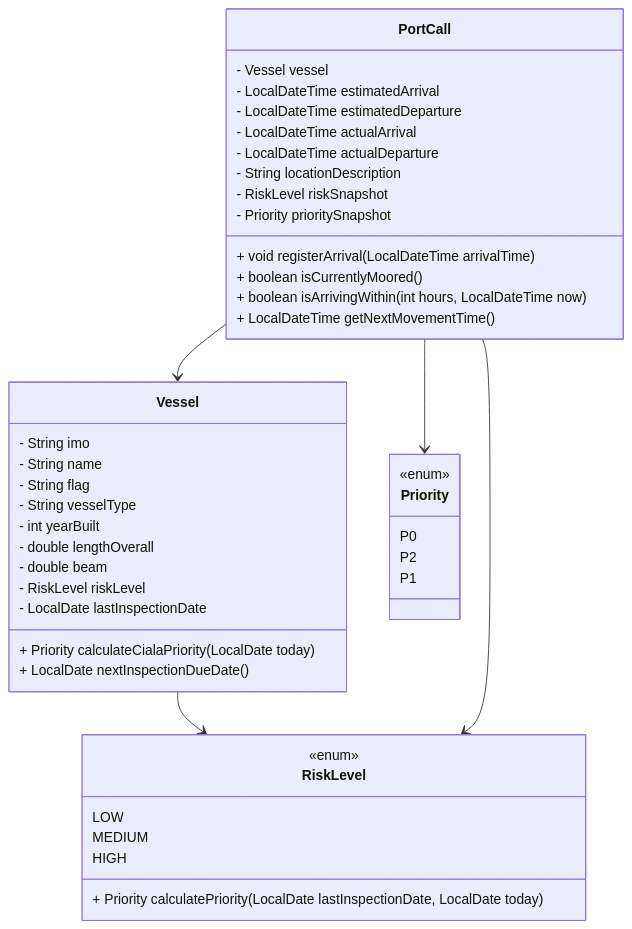
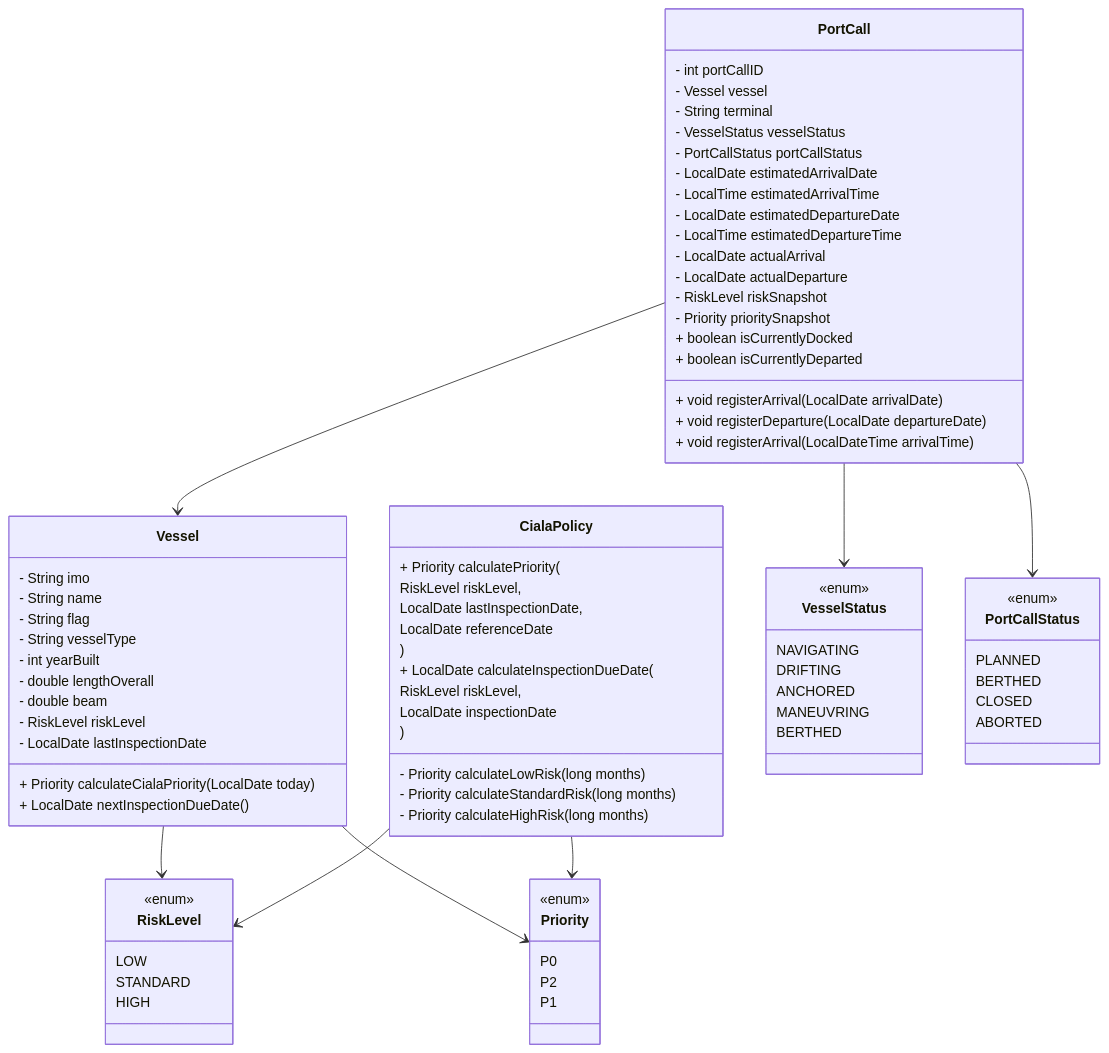
One commit to marcusteixeirabr/port-inspection-control changed the first of 2 diagrams in README.md. Above: the diagram before and after it, drawn with Mermaid. The commit also changed other lines of this file, not shown here.

Commit message:
Update: README

````diff
--- a/README.md
+++ b/README.md
@@ -109,26 +109,47 @@
 }
 
 class PortCall {
+  - int portCallID
   - Vessel vessel
-  - LocalDateTime estimatedArrival
-  - LocalDateTime estimatedDeparture
-  - LocalDateTime actualArrival
-  - LocalDateTime actualDeparture
-  - String locationDescription
+  - String terminal
+  - VesselStatus vesselStatus
+  - PortCallStatus portCallStatus
+  - LocalDate estimatedArrivalDate
+  - LocalTime estimatedArrivalTime
+  - LocalDate estimatedDepartureDate
+  - LocalTime estimatedDepartureTime
+  - LocalDate actualArrival
+  - LocalDate actualDeparture
   - RiskLevel riskSnapshot
   - Priority prioritySnapshot
+  + boolean isCurrentlyDocked
+  + boolean isCurrentlyDeparted
+  + void registerArrival(LocalDate arrivalDate)
+  + void registerDeparture(LocalDate departureDate)
   + void registerArrival(LocalDateTime arrivalTime)
-  + boolean isCurrentlyMoored()
-  + boolean isArrivingWithin(int hours, LocalDateTime now)
-  + LocalDateTime getNextMovementTime()
+}
+
+class CialaPolicy {
+  + Priority calculatePriority(
+        RiskLevel riskLevel,
+        LocalDate lastInspectionDate,
+        LocalDate referenceDate
+    )
+  - Priority calculateLowRisk(long months)
+  - Priority calculateStandardRisk(long months)
+  - Priority calculateHighRisk(long months)
+  + LocalDate calculateInspectionDueDate(
+        RiskLevel riskLevel,
+        LocalDate inspectionDate
+    )
+
 }
 
 class RiskLevel {
   <<enum>>
   LOW
-  MEDIUM
+  STANDARD
   HIGH
-  + Priority calculatePriority(LocalDate lastInspectionDate, LocalDate today)
 }
 
 class Priority {
@@ -138,8 +159,28 @@
   P1
 }
 
+class VesselStatus {
+  <<enum>>
+  NAVIGATING
+  DRIFTING
+  ANCHORED
+  MANEUVRING
+  BERTHED
+}
+
+class PortCallStatus {
+  <<enum>>
+  PLANNED
+  BERTHED
+  CLOSED
+  ABORTED
+}
+
 Vessel --> RiskLevel
+Vessel --> Priority
 PortCall --> Vessel
-PortCall --> RiskLevel
-PortCall --> Priority
+PortCall --> PortCallStatus
+PortCall --> VesselStatus
+CialaPolicy --> Priority
+CialaPolicy --> RiskLevel
 ```
````
